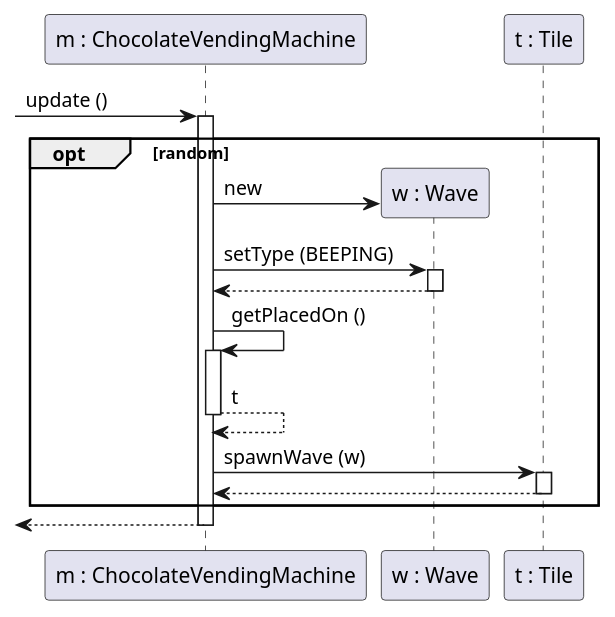
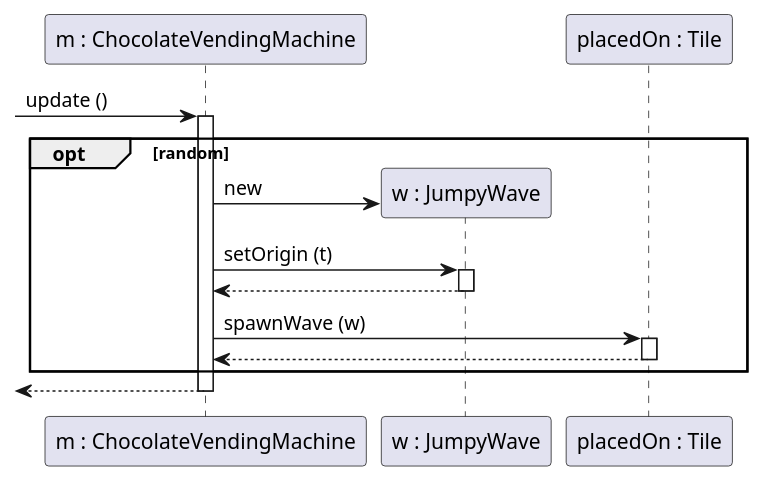
One commit to bokovhu/software-project-laboratory-assignment changed the diagram in 3-analysis-modell/java/src/main/plantuml/SequenceDiagram_ChocolateVendingMachine_update.puml. Above: the diagram before and after it, drawn with PlantUML. The commit also changed 8 other files, not shown here.

```diff
--- a/3-analysis-modell/java/src/main/plantuml/SequenceDiagram_ChocolateVendingMachine_update.puml
+++ b/3-analysis-modell/java/src/main/plantuml/SequenceDiagram_ChocolateVendingMachine_update.puml
@@ -1,31 +1,29 @@
 @startuml
 
 skinparam classAttributeIconSize 0
 skinparam guillemet false
 
 participant "m : ChocolateVendingMachine" as m
-participant "w : Wave" as w
-participant "t : Tile" as t
+participant "w : JumpyWave" as w
+participant "placedOn : Tile" as t
 
 [-> m : update ()
 activate m
 
 opt random
 
     m -> w ** : new
 
-    m -> w ++ : setType (BEEPING)
+
+
+    m -> w ++ : setOrigin (t)
     w --> m --
-
-    m -> m ++ : getPlacedOn ()
-    m --> m -- : t
-
     m -> t ++ : spawnWave (w)
     t --> m --
 
 end
 
 [<-- m
 deactivate m
 
 @enduml
```
